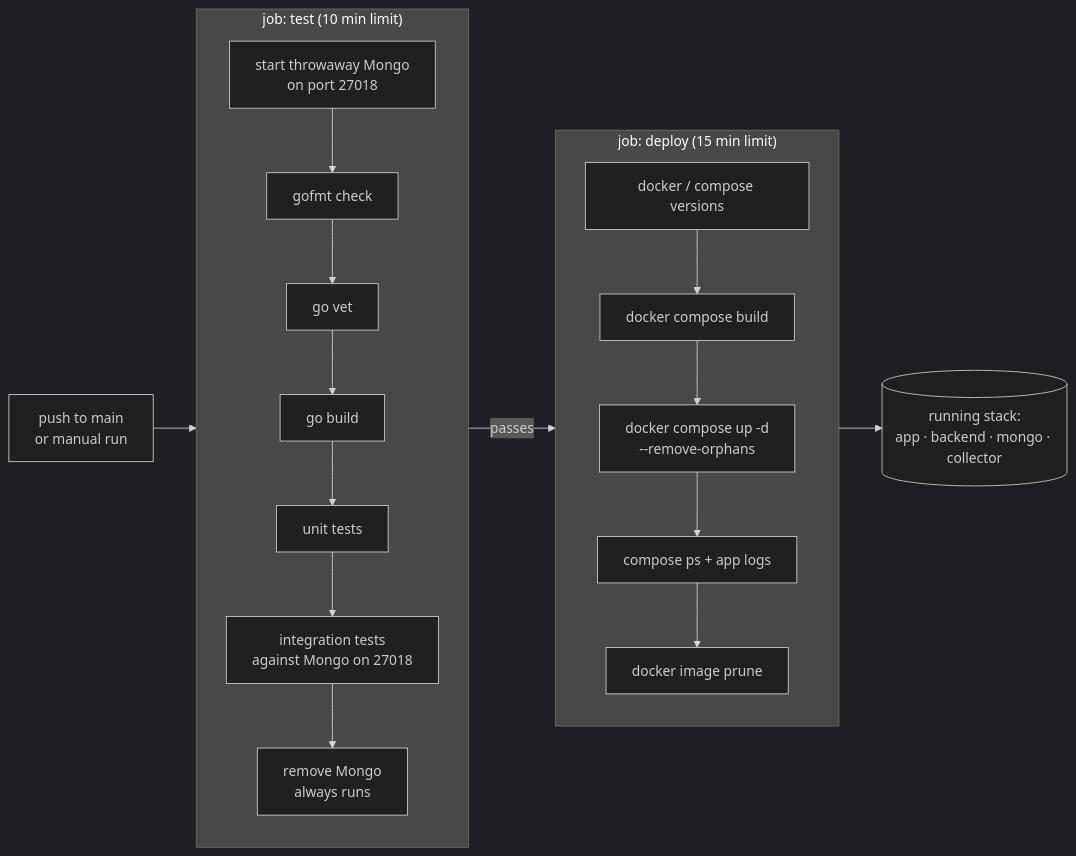
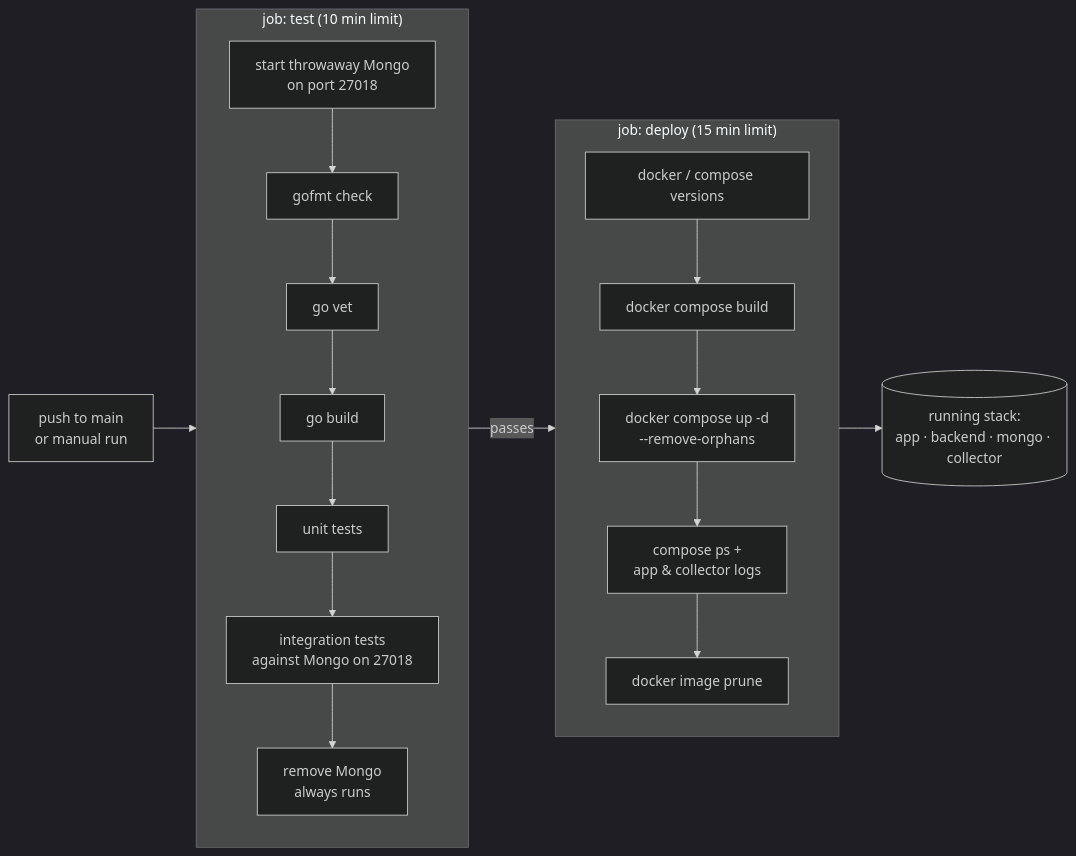
One commit to fmolinar/arium changed the diagram in devops/README.md. Above: the diagram before and after it, drawn with Mermaid (dark theme). The commit also changed 2 other files, not shown here.

Commit message:
Bring the READMEs up to date and record next steps in CLAUDE.md
Document the news endpoint, Mongo sync and collector healthcheck in the root
README, show collector logs in the pipeline diagram, and describe how the API
wires each feature. CLAUDE.md gains the CI/merge workflow notes and the agreed
next steps: frontend on real news, then OpenTelemetry with the Grafana stack.

````diff
--- a/devops/README.md
+++ b/devops/README.md
@@ -27,19 +27,19 @@
 ```mermaid
 flowchart LR
     push["push to main<br/>or manual run"] --> test
 
     subgraph test ["job: test (10 min limit)"]
         direction TB
         mongo["start throwaway Mongo<br/>on port 27018"] --> fmt["gofmt check"] --> vet["go vet"] --> build["go build"] --> unit["unit tests"] --> integ["integration tests<br/>against Mongo on 27018"]
         integ --> stop["remove Mongo<br/>always runs"]
     end
 
     test -- "passes" --> deploy
 
     subgraph deploy ["job: deploy (15 min limit)"]
         direction TB
-        verify["docker / compose versions"] --> images["docker compose build"] --> up["docker compose up -d<br/>--remove-orphans"] --> status["compose ps + app logs"] --> prune["docker image prune"]
+        verify["docker / compose versions"] --> images["docker compose build"] --> up["docker compose up -d<br/>--remove-orphans"] --> status["compose ps +<br/>app & collector logs"] --> prune["docker image prune"]
     end
 
     deploy --> stack[("running stack:<br/>app · backend · mongo · collector")]
 ```
````
